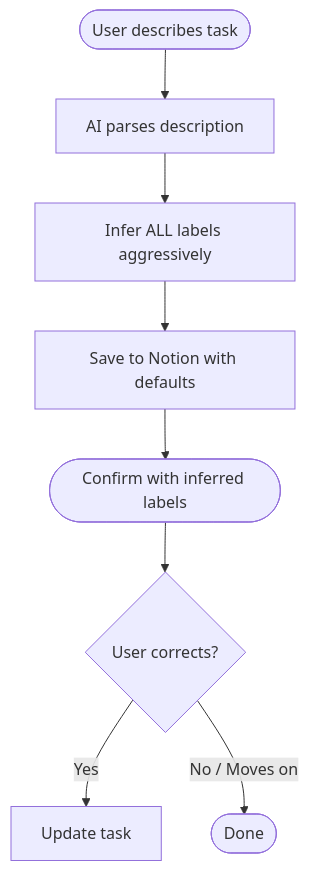
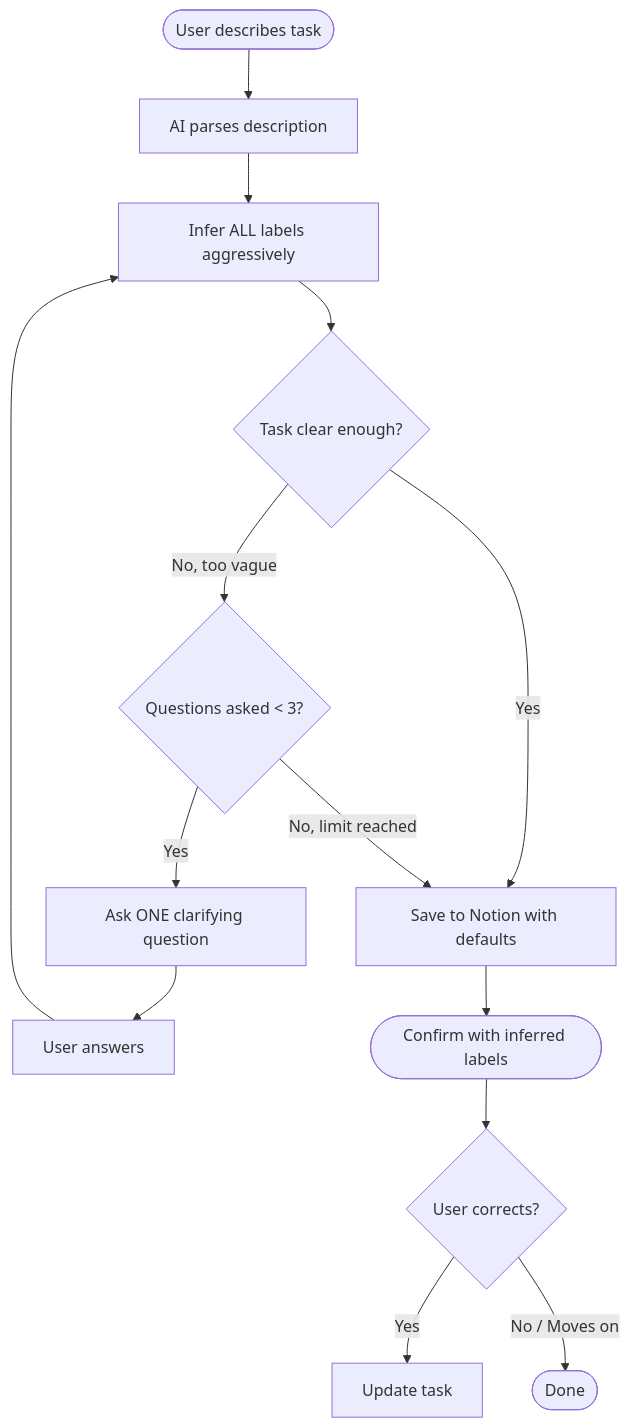
The third of 28 diagrams in docs/user-interactions.md (NickBorgersProbably/hide-my-list), drawn with Mermaid before and after one commit. The commit also changed other lines of this file and 2 other files, not shown here.

First line of the commit message:
Allow up to 3 clarifying questions for vague tasks during intake

````diff
--- a/docs/user-interactions.md
+++ b/docs/user-interactions.md
@@ -74,10 +94,16 @@
 ```mermaid
 flowchart TD
     Start([User describes task]) --> Parse[AI parses description]
     Parse --> Infer[Infer ALL labels aggressively]
-    Infer --> Save[Save to Notion with defaults]
+    Infer --> Clear{Task clear enough?}
+    Clear -->|Yes| Save[Save to Notion with defaults]
+    Clear -->|No, too vague| AskCount{Questions asked < 3?}
+    AskCount -->|Yes| Ask[Ask ONE clarifying question]
+    AskCount -->|No, limit reached| Save
+    Ask --> UserAnswer[User answers]
+    UserAnswer --> Infer
     Save --> Confirm([Confirm with inferred labels])
     Confirm --> Correction{User corrects?}
     Correction -->|Yes| Update[Update task]
     Correction -->|No / Moves on| Done([Done])
 ```
````
